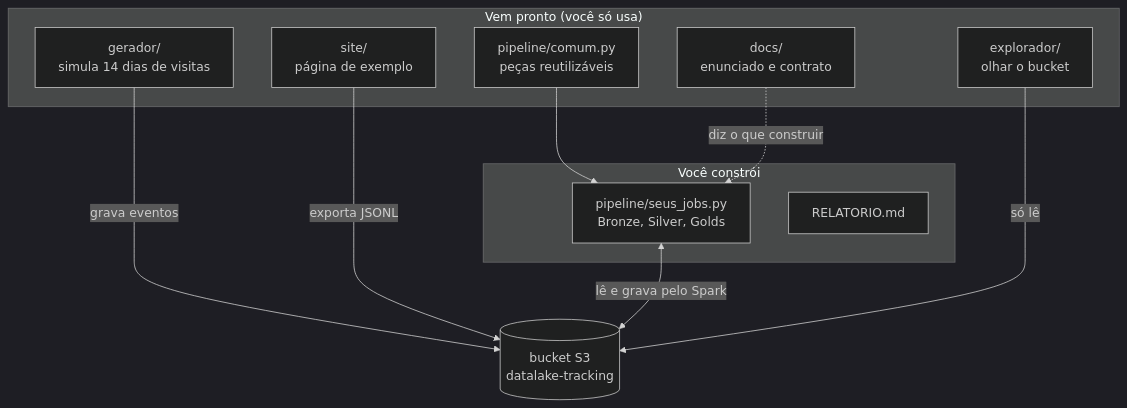
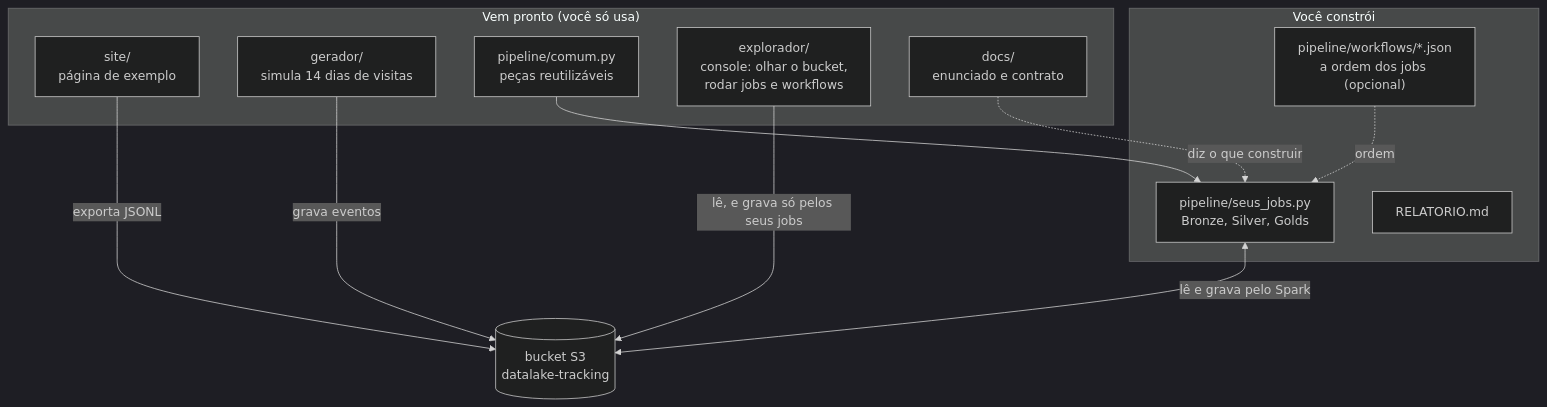
One commit to sertaoseracloud/projeto-final-tracking changed the second of 2 diagrams in README.md. Above: the diagram before and after it, drawn with Mermaid (dark theme). The commit also changed other lines of this file and 14 other files, not shown here.

````diff
--- a/README.md
+++ b/README.md
@@ -41,20 +41,22 @@
 ```mermaid
 flowchart TB
     subgraph PRONTO["Vem pronto (você só usa)"]
         site["site/<br/>página de exemplo"]
         gerador["gerador/<br/>simula 14 dias de visitas"]
         comum["pipeline/comum.py<br/>peças reutilizáveis"]
-        explorador["explorador/<br/>olhar o bucket"]
+        explorador["explorador/<br/>console: olhar o bucket,<br/>rodar jobs e workflows"]
         docs["docs/<br/>enunciado e contrato"]
     end
     subgraph SEU["Você constrói"]
         jobs["pipeline/seus_jobs.py<br/>Bronze, Silver, Golds"]
+        workflow["pipeline/workflows/*.json<br/>a ordem dos jobs (opcional)"]
         relatorio["RELATORIO.md"]
     end
     gerador -->|grava eventos| bucket[("bucket S3<br/>datalake-tracking")]
     site -->|exporta JSONL| bucket
     comum --> jobs
     jobs <-->|lê e grava pelo Spark| bucket
-    explorador -->|só lê| bucket
+    explorador -->|lê, e grava só pelos seus jobs| bucket
+    workflow -.->|ordem| jobs
     docs -.->|diz o que construir| jobs
 ```
````
